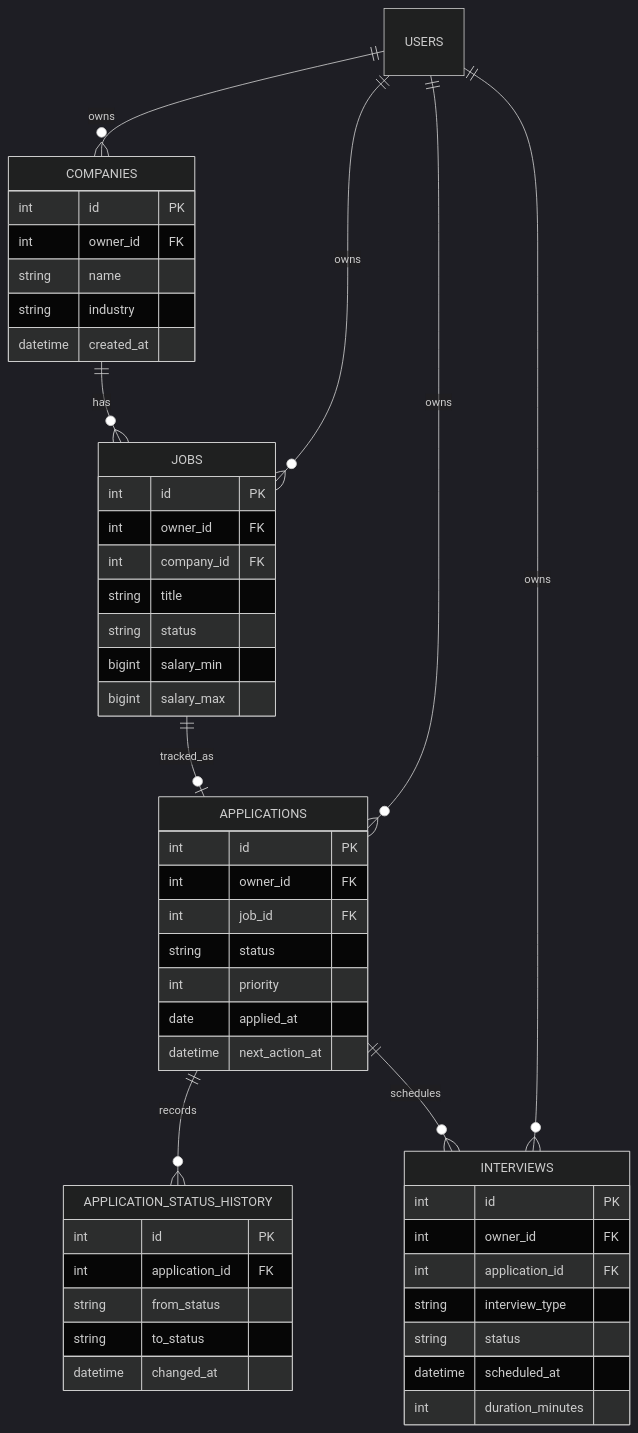
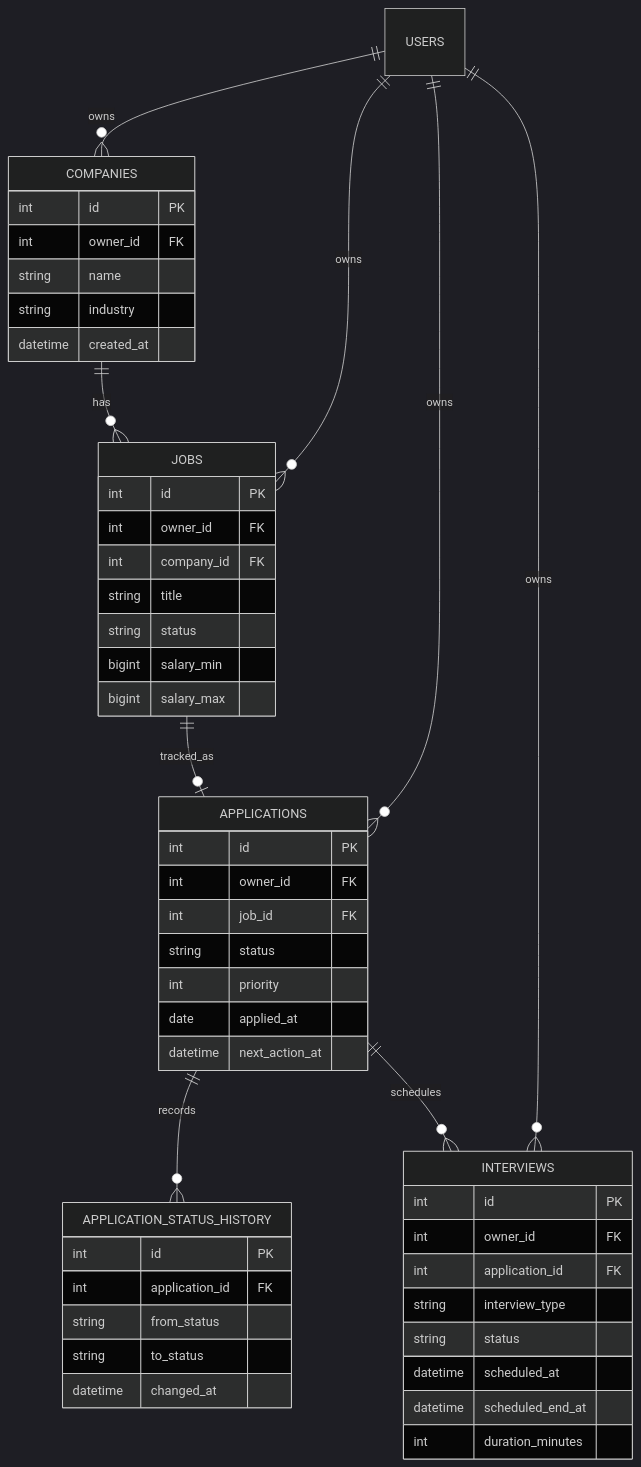
One commit to nkuers/jobtrack-api changed the second of 4 diagrams in ARCHITECTURE.md. Above: the diagram before and after it, drawn with Mermaid (dark theme). The commit also changed other lines of this file and 13 other files, not shown here.

````diff
--- a/ARCHITECTURE.md
+++ b/ARCHITECTURE.md
@@ -35,53 +35,54 @@
 ```mermaid
 erDiagram
     USERS ||--o{ COMPANIES : owns
     USERS ||--o{ JOBS : owns
     USERS ||--o{ APPLICATIONS : owns
     USERS ||--o{ INTERVIEWS : owns
     COMPANIES ||--o{ JOBS : has
     JOBS ||--o| APPLICATIONS : tracked_as
     APPLICATIONS ||--o{ APPLICATION_STATUS_HISTORY : records
     APPLICATIONS ||--o{ INTERVIEWS : schedules
 
     COMPANIES {
         int id PK
         int owner_id FK
         string name
         string industry
         datetime created_at
     }
     JOBS {
         int id PK
         int owner_id FK
         int company_id FK
         string title
         string status
         bigint salary_min
         bigint salary_max
     }
     APPLICATIONS {
         int id PK
         int owner_id FK
         int job_id FK
         string status
         int priority
         date applied_at
         datetime next_action_at
     }
     APPLICATION_STATUS_HISTORY {
         int id PK
         int application_id FK
         string from_status
         string to_status
         datetime changed_at
     }
     INTERVIEWS {
         int id PK
         int owner_id FK
         int application_id FK
         string interview_type
         string status
         datetime scheduled_at
+        datetime scheduled_end_at
         int duration_minutes
     }
 ```
````
